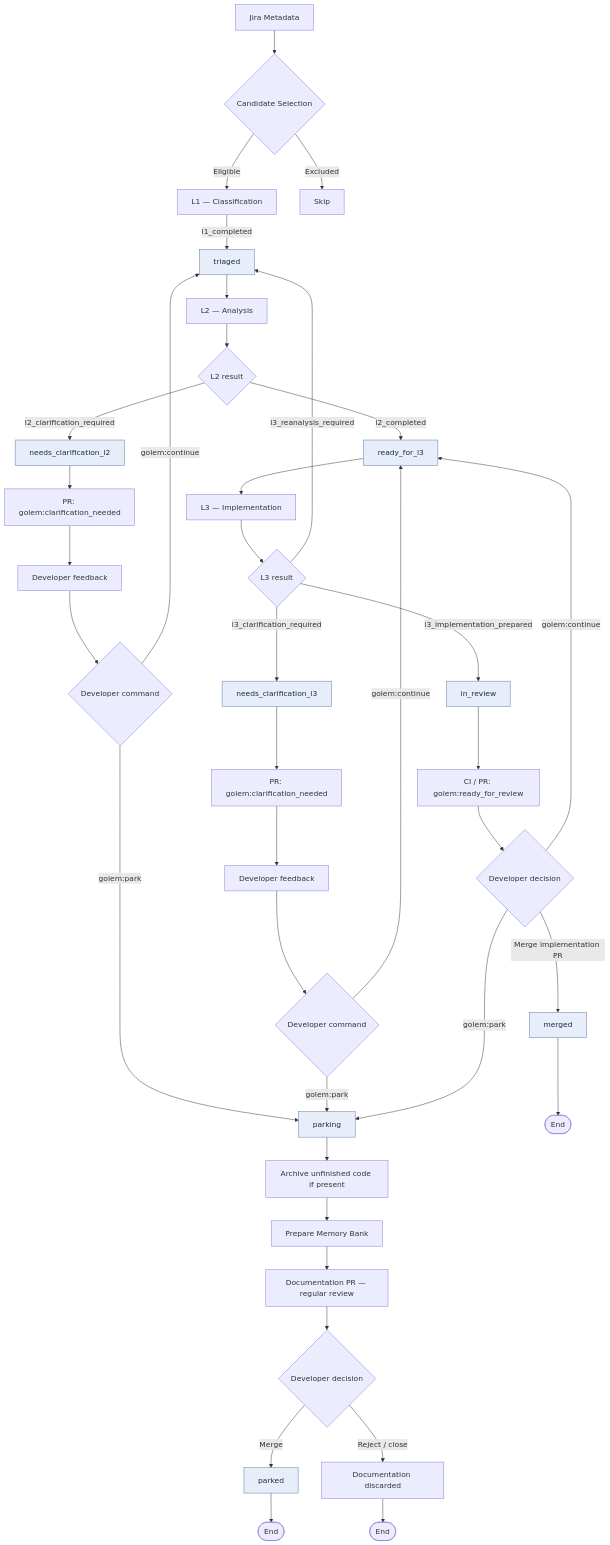
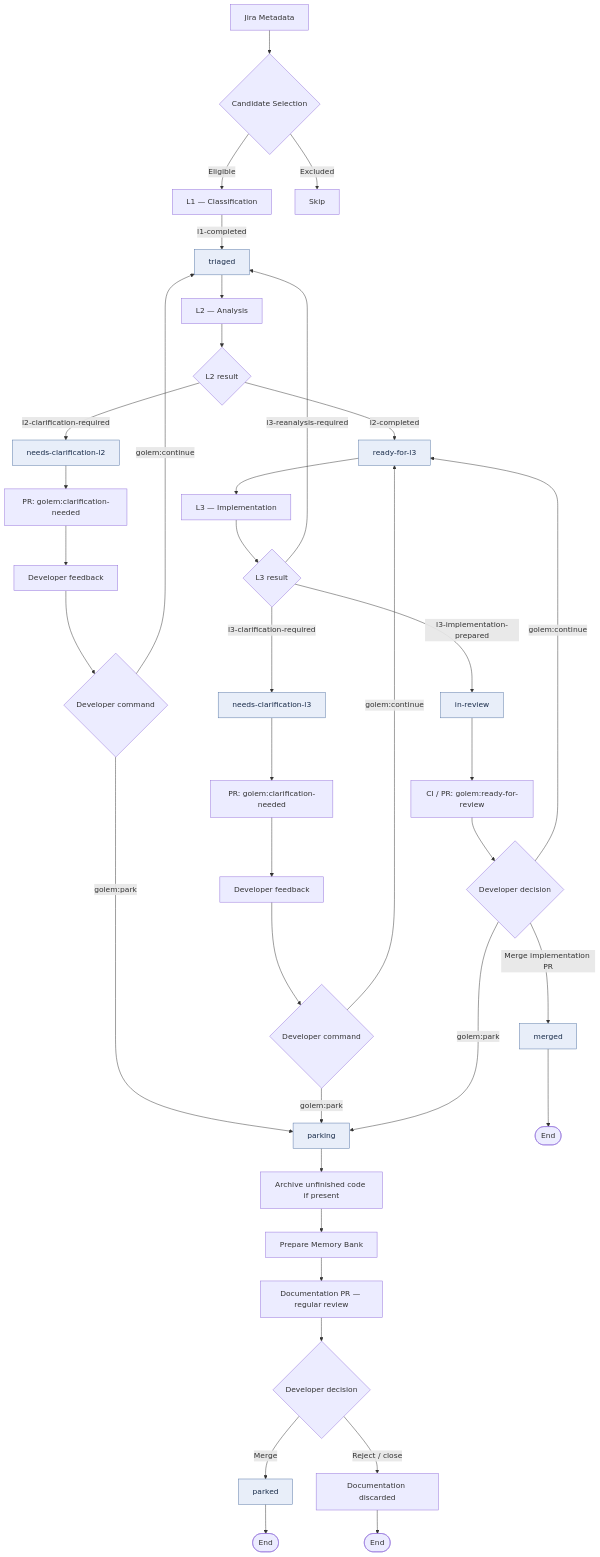
Before and after one commit to jbanaszczyk/golem: the diagram in README.md, drawn with Mermaid. The commit also changed other lines of this file and 1 other file, not shown here.

Commit message:
Ready for review 2

````diff
--- a/README.md
+++ b/README.md
@@ -48,55 +48,55 @@
 ```mermaid
 flowchart TD
     META["Jira Metadata"] --> SELECT{"Candidate Selection"}
     SELECT -->|Eligible| L1["L1 — Classification"]
     SELECT -->|Excluded| SKIP["Skip"]
 
-    L1 -->|l1_completed| TRIAGED["triaged"]
+    L1 -->|l1-completed| TRIAGED["triaged"]
     TRIAGED --> L2["L2 — Analysis"]
 
     L2 --> L2R{"L2 result"}
-    L2R -->|l2_completed| READY["ready_for_l3"]
-    L2R -->|l2_clarification_required| Q2["needs_clarification_l2"]
+    L2R -->|l2-completed| READY["ready-for-l3"]
+    L2R -->|l2-clarification-required| Q2["needs-clarification-l2"]
 
-    Q2 --> PR2["PR: golem:clarification_needed"]
+    Q2 --> PR2["PR: golem:clarification-needed"]
     PR2 --> FEEDBACK2["Developer feedback"]
     FEEDBACK2 --> CMD2{"Developer command"}
     CMD2 -->|golem:continue| TRIAGED
 
     READY --> L3["L3 — Implementation"]
     L3 --> L3R{"L3 result"}
 
-    L3R -->|l3_clarification_required| Q3["needs_clarification_l3"]
-    L3R -->|l3_reanalysis_required| TRIAGED
-    L3R -->|l3_implementation_prepared| REVIEW["in_review"]
+    L3R -->|l3-clarification-required| Q3["needs-clarification-l3"]
+    L3R -->|l3-reanalysis-required| TRIAGED
+    L3R -->|l3-implementation-prepared| REVIEW["in-review"]
 
-    Q3 --> PR3["PR: golem:clarification_needed"]
+    Q3 --> PR3["PR: golem:clarification-needed"]
     PR3 --> FEEDBACK3["Developer feedback"]
     FEEDBACK3 --> CMD3{"Developer command"}
     CMD3 -->|golem:continue| READY
 
-    REVIEW --> CI["CI / PR: golem:ready_for_review"]
+    REVIEW --> CI["CI / PR: golem:ready-for-review"]
     CI --> DECISION{"Developer decision"}
 
     DECISION -->|Merge implementation PR| MERGED["merged"]
     DECISION -->|golem:continue| READY
 
     CMD2 -->|golem:park| PARKING["parking"]
     CMD3 -->|golem:park| PARKING
     DECISION -->|golem:park| PARKING
 
     PARKING --> ARCHIVE["Archive unfinished code if present"]
     ARCHIVE --> MB["Prepare Memory Bank"]
     MB --> DPR["Documentation PR — regular review"]
     DPR --> DREVIEW{"Developer decision"}
 
     DREVIEW -->|Merge| PARKED["parked"]
     DREVIEW -->|Reject / close| REJECTED["Documentation discarded"]
 
     MERGED --> END1(["End"])
     PARKED --> END2(["End"])
     REJECTED --> END3(["End"])
 
     classDef state fill:#e8eef9,stroke:#5575a5,color:#182b49
     class TRIAGED,READY,Q2,Q3,REVIEW,PARKING,PARKED,MERGED state
 ```
````
